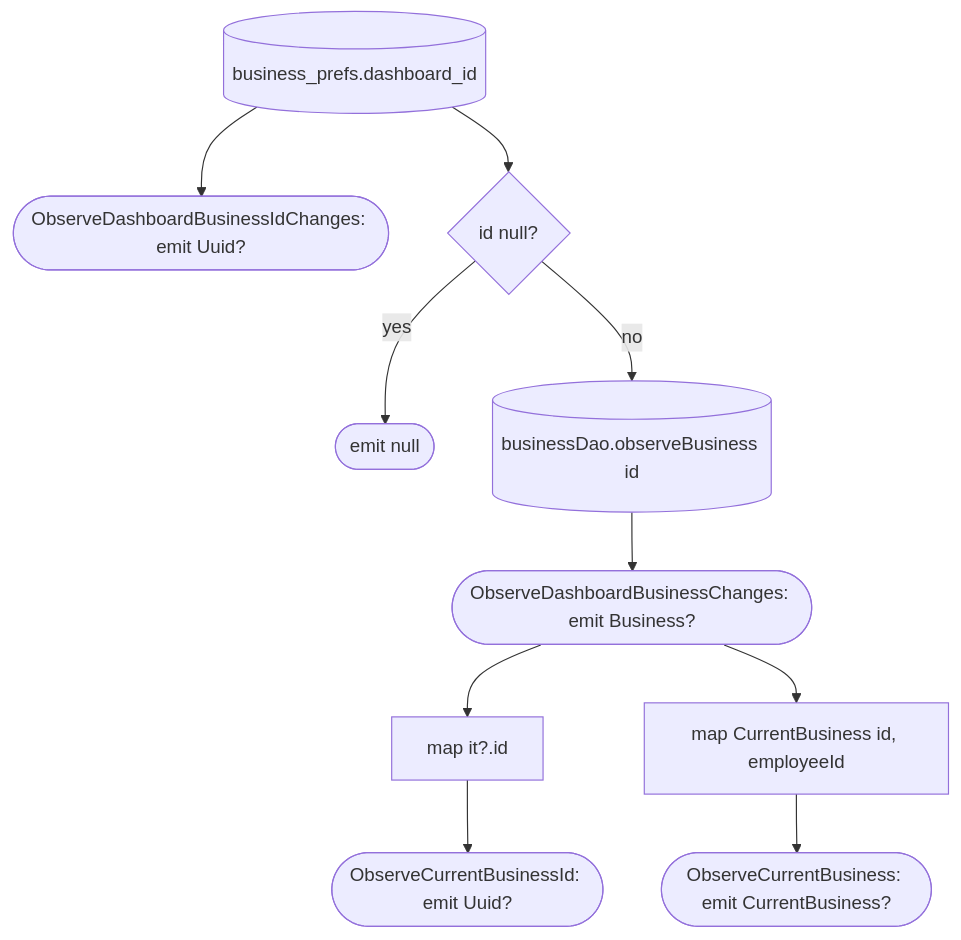
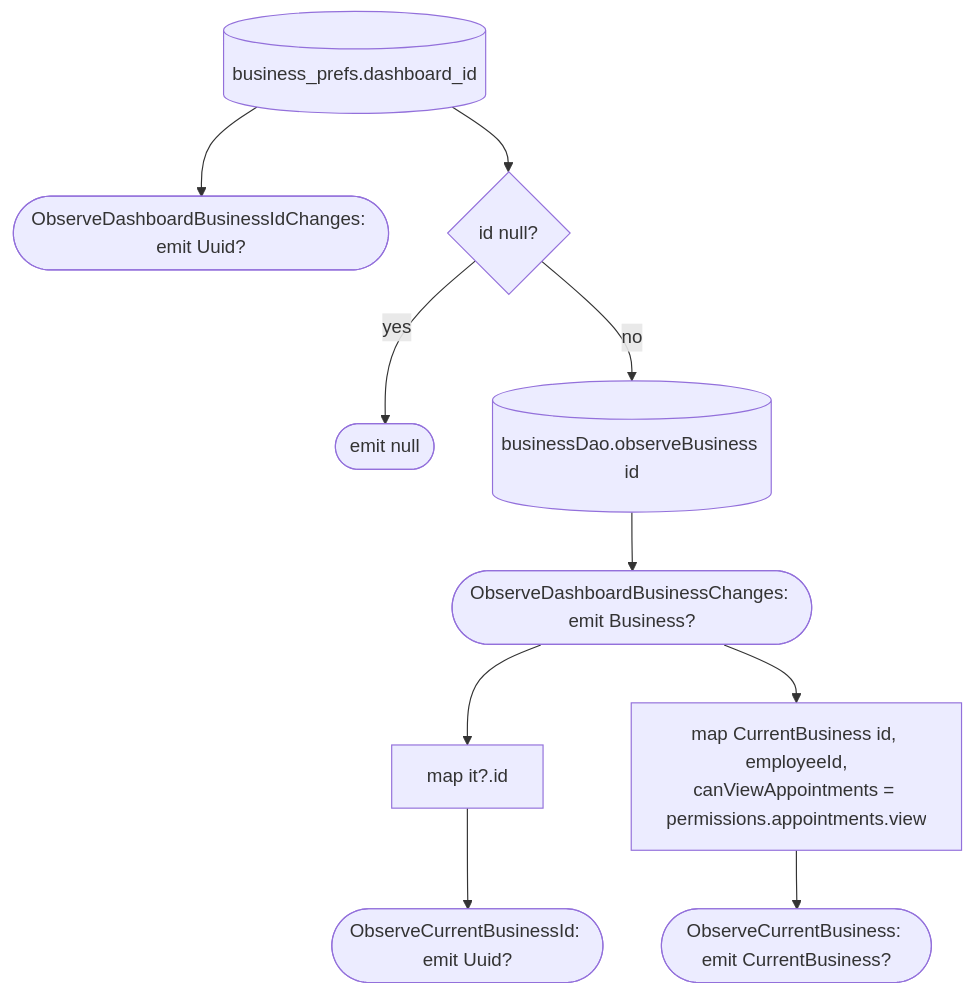
Before and after one commit to nocturneproperties/bookkme-client: the diagram in docs/operations/business/observe-dashboard-business-changes.md, drawn with Mermaid. The commit also changed other lines of this file and 42 other files, not shown here.

````diff
--- a/docs/operations/business/observe-dashboard-business-changes.md
+++ b/docs/operations/business/observe-dashboard-business-changes.md
@@ -20,12 +20,12 @@
 ```mermaid
 flowchart TD
     Id[(business_prefs.dashboard_id)] --> A([ObserveDashboardBusinessIdChanges: emit Uuid?])
     Id --> Flat{id null?}
     Flat -- yes --> NB([emit null])
     Flat -- no --> Row[(businessDao.observeBusiness id)]
     Row --> B([ObserveDashboardBusinessChanges: emit Business?])
     B --> Map[map it?.id]
     Map --> C([ObserveCurrentBusinessId: emit Uuid?])
-    B --> MapEmp[map CurrentBusiness id, employeeId]
+    B --> MapEmp[map CurrentBusiness id, employeeId,<br/>canViewAppointments = permissions.appointments.view]
     MapEmp --> D([ObserveCurrentBusiness: emit CurrentBusiness?])
 ```
````
